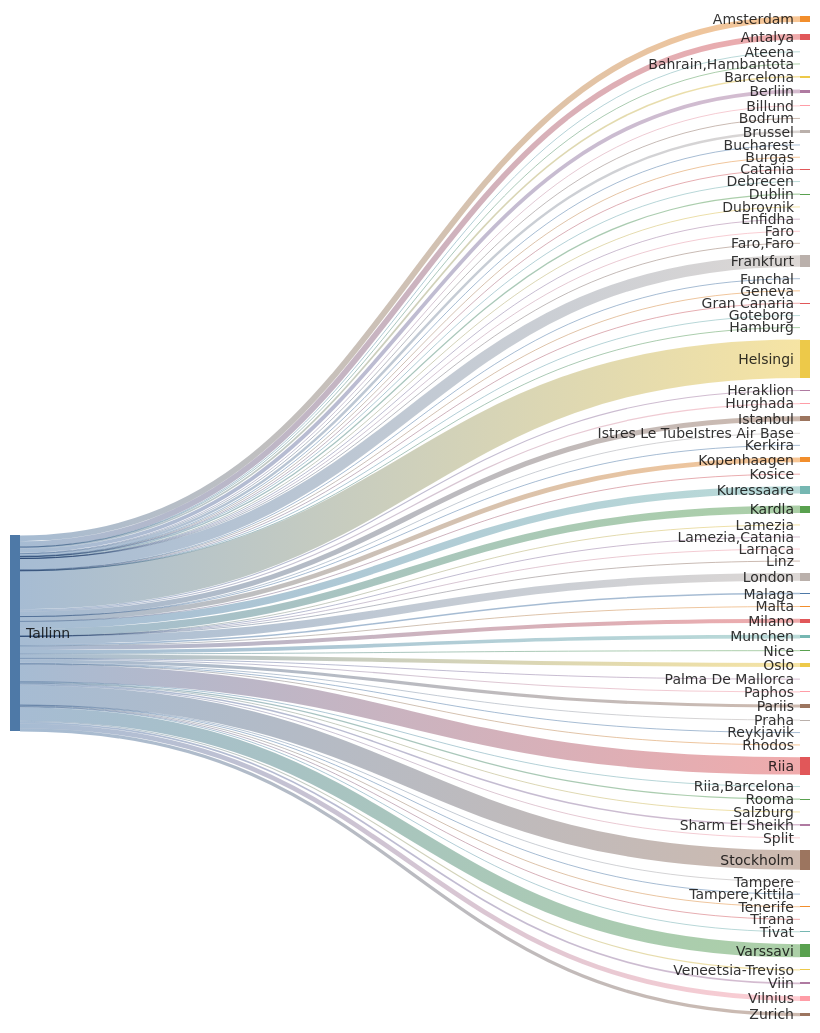
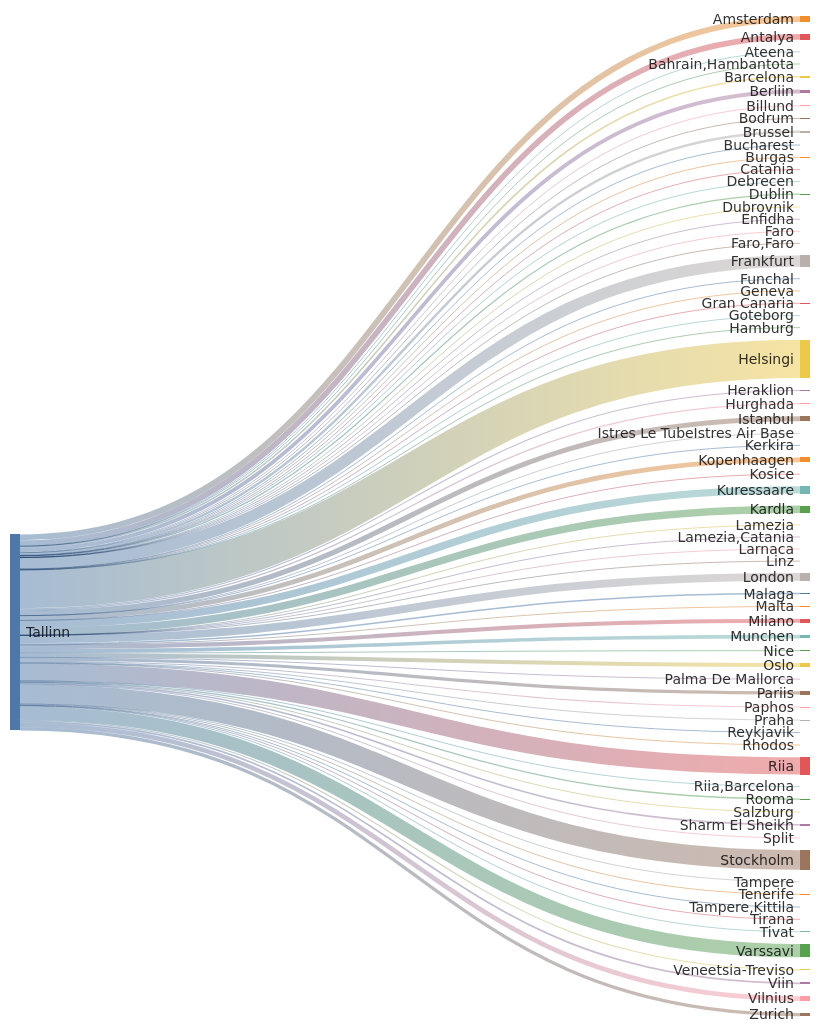
Before and after one commit to rainermesi/tll-airport-departures: the second of 2 diagrams in README.md, drawn with Mermaid. The commit also changed other lines of this file and 1 other file, not shown here.

````diff
--- a/README.md
+++ b/README.md
@@ -34,81 +34,81 @@
 ```mermaid
 ---
 config:
   sankey:
     showValues: false
     width: 800
     height: 1000
 ---
 sankey-beta
 %% source,target,value
-Tallinn,Amsterdam,365
-Tallinn,Antalya,352
+Tallinn,Amsterdam,367
+Tallinn,Antalya,355
 Tallinn,Ateena,16
 Tallinn,"Bahrain,Hambantota",1
 Tallinn,Barcelona,101
-Tallinn,Berliin,238
+Tallinn,Berliin,240
 Tallinn,Billund,59
 Tallinn,Bodrum,11
-Tallinn,Brussel,153
+Tallinn,Brussel,154
 Tallinn,Bucharest,1
-Tallinn,Burgas,33
+Tallinn,Burgas,34
 Tallinn,Catania,2
 Tallinn,Debrecen,1
 Tallinn,Dublin,78
 Tallinn,Dubrovnik,21
 Tallinn,Enfidha,7
 Tallinn,Faro,4
 Tallinn,"Faro,Faro",1
-Tallinn,Frankfurt,708
+Tallinn,Frankfurt,711
 Tallinn,Funchal,5
 Tallinn,Geneva,13
 Tallinn,Gran Canaria,38
 Tallinn,Goteborg,1
 Tallinn,Hamburg,2
-Tallinn,Helsingi,2393
+Tallinn,Helsingi,2403
 Tallinn,Heraklion,66
 Tallinn,Hurghada,75
-Tallinn,Istanbul,318
+Tallinn,Istanbul,319
 Tallinn,Istres Le TubeIstres Air Base,2
 Tallinn,Kerkira,4
 Tallinn,Kopenhaagen,298
 Tallinn,Kosice,1
-Tallinn,Kuressaare,461
-Tallinn,Kardla,461
+Tallinn,Kuressaare,463
+Tallinn,Kardla,463
 Tallinn,Lamezia,1
 Tallinn,"Lamezia,Catania",3
 Tallinn,Larnaca,4
 Tallinn,Linz,2
-Tallinn,London,485
+Tallinn,London,487
 Tallinn,Malaga,94
 Tallinn,Malta,20
 Tallinn,Milano,255
-Tallinn,Munchen,226
+Tallinn,Munchen,228
 Tallinn,Nice,35
-Tallinn,Oslo,249
+Tallinn,Oslo,250
 Tallinn,Palma De Mallorca,24
 Tallinn,Paphos,66
-Tallinn,Pariis,198
-Tallinn,Praha,62
+Tallinn,Pariis,200
+Tallinn,Praha,63
 Tallinn,Reykjavik,3
-Tallinn,Rhodos,42
-Tallinn,Riia,1078
+Tallinn,Rhodos,43
+Tallinn,Riia,1082
 Tallinn,"Riia,Barcelona",1
 Tallinn,Rooma,80
 Tallinn,Salzburg,14
 Tallinn,Sharm El Sheikh,95
-Tallinn,Split,35
-Tallinn,Stockholm,1220
+Tallinn,Split,36
+Tallinn,Stockholm,1223
 Tallinn,Tampere,17
 Tallinn,"Tampere,Kittila",21
 Tallinn,Tenerife,58
-Tallinn,Tirana,15
+Tallinn,Tirana,16
 Tallinn,Tivat,41
-Tallinn,Varssavi,827
+Tallinn,Varssavi,831
 Tallinn,Veneetsia-Treviso,67
 Tallinn,Viin,106
-Tallinn,Vilnius,297
-Tallinn,Zurich,204
+Tallinn,Vilnius,298
+Tallinn,Zurich,205
 
 
 ```
````
